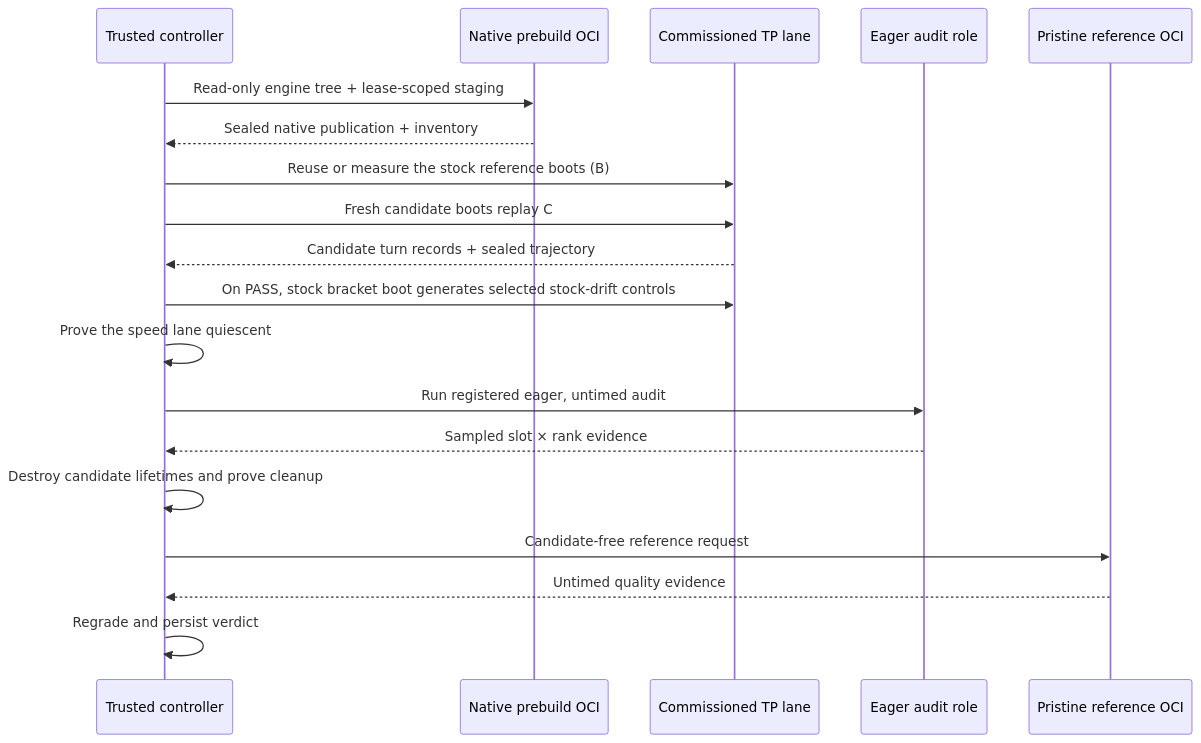
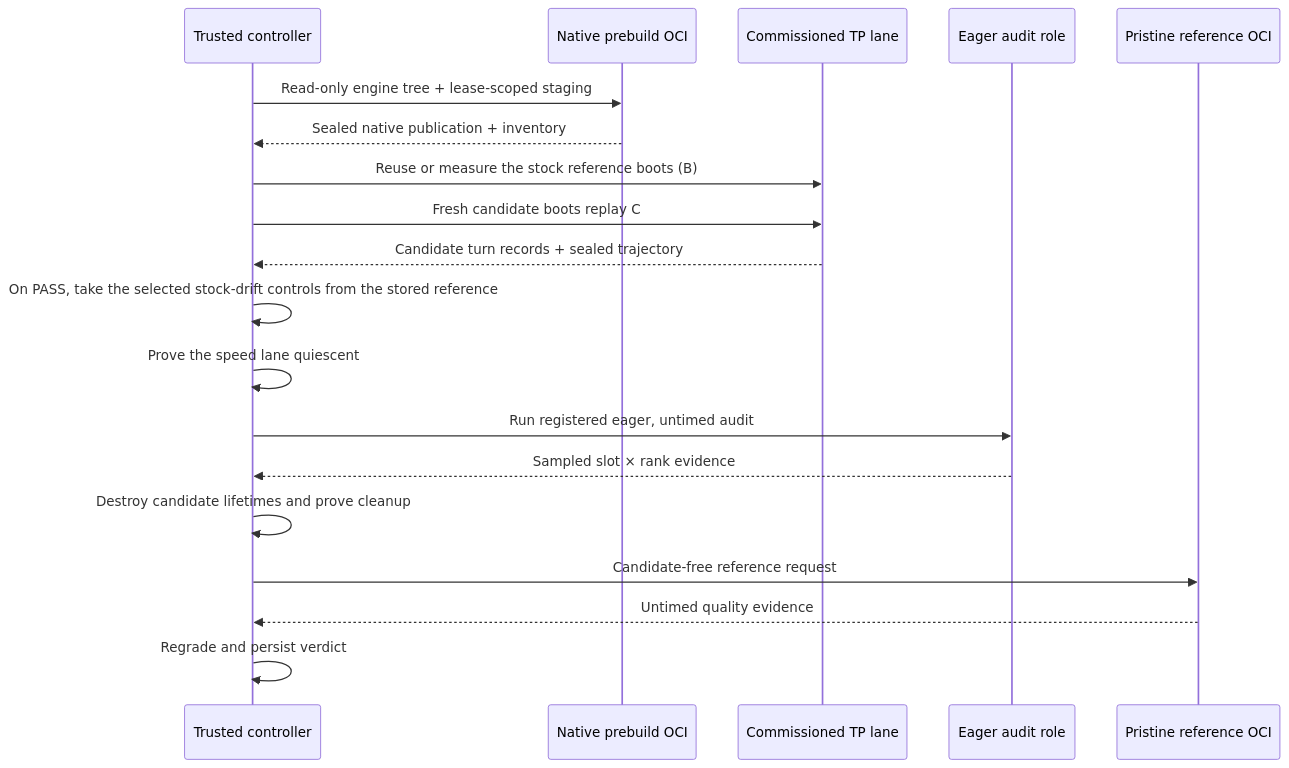
The diagram in docs/security/isolation.md (latent-to/cacheon), drawn with Mermaid before and after one commit. The commit also changed other lines of this file and 31 other files, not shown here.

````diff
--- a/docs/security/isolation.md
+++ b/docs/security/isolation.md
@@ -19,22 +19,22 @@
 ```mermaid
 sequenceDiagram
     participant H as Trusted controller
     participant P as Native prebuild OCI
     participant L as Commissioned TP lane
     participant A as Eager audit role
     participant T as Pristine reference OCI
 
     H->>P: Read-only engine tree + lease-scoped staging
     P-->>H: Sealed native publication + inventory
     H->>L: Reuse or measure the stock reference boots (B)
     H->>L: Fresh candidate boots replay C
     L-->>H: Candidate turn records + sealed trajectory
-    H->>L: On PASS, stock bracket boot generates selected stock-drift controls
+    H->>H: On PASS, take the selected stock-drift controls from the stored reference
     H->>H: Prove the speed lane quiescent
     H->>A: Run registered eager, untimed audit
     A-->>H: Sampled slot × rank evidence
     H->>H: Destroy candidate lifetimes and prove cleanup
     H->>T: Candidate-free reference request
     T-->>H: Untimed quality evidence
     H->>H: Regrade and persist verdict
 ```
````
